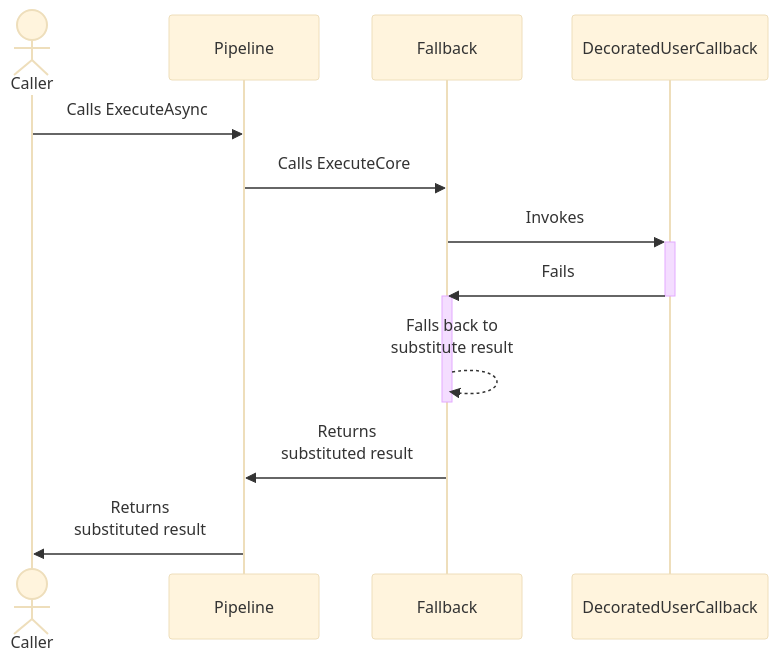
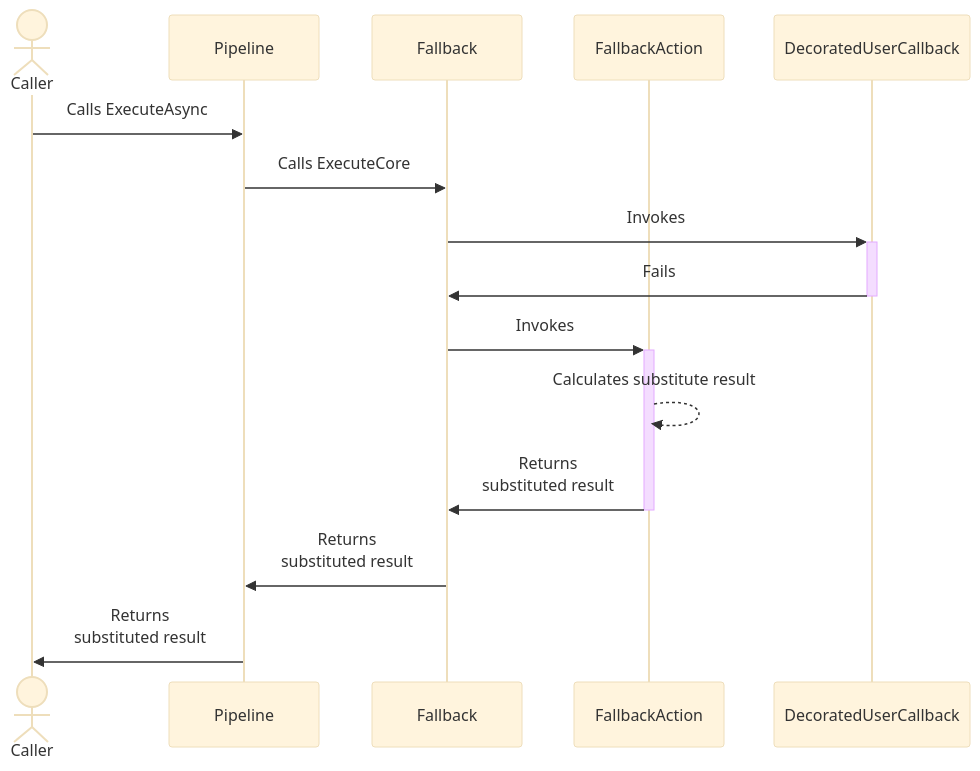
One commit to App-vNext/Polly changed the second of 2 diagrams in docs/strategies/fallback.md. Above: the diagram before and after it, drawn with Mermaid (base theme).

Commit message:
Update fallback diagram

````diff
--- a/docs/strategies/fallback.md
+++ b/docs/strategies/fallback.md
@@ -89,17 +89,18 @@
 ```mermaid
 sequenceDiagram
     actor C as Caller
     participant P as Pipeline
     participant F as Fallback
+    participant FA as FallbackAction
     participant D as DecoratedUserCallback
 
     C->>P: Calls ExecuteAsync
     P->>F: Calls ExecuteCore
     F->>+D: Invokes
     D->>-F: Fails
-    activate F
-    F-->>F: Falls back to<br/>substitute result
-    deactivate F
+    F->>+FA: Invokes
+    FA-->>FA: Calculates substitute result
+    FA->>-F: Returns <br/>substituted result
     F->>P: Returns <br/>substituted result
     P->>C: Returns <br/>substituted result
 ```
````
